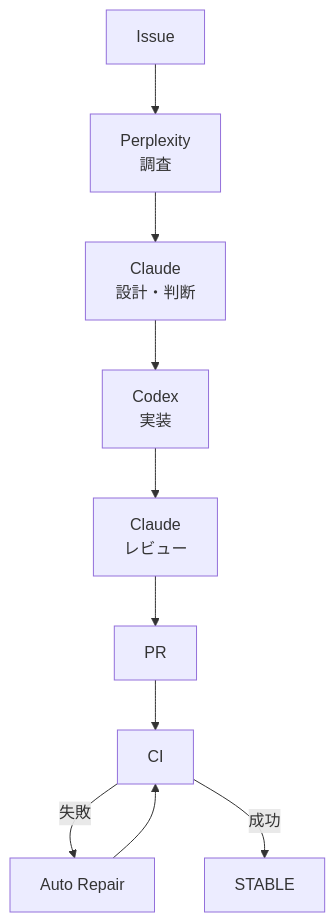
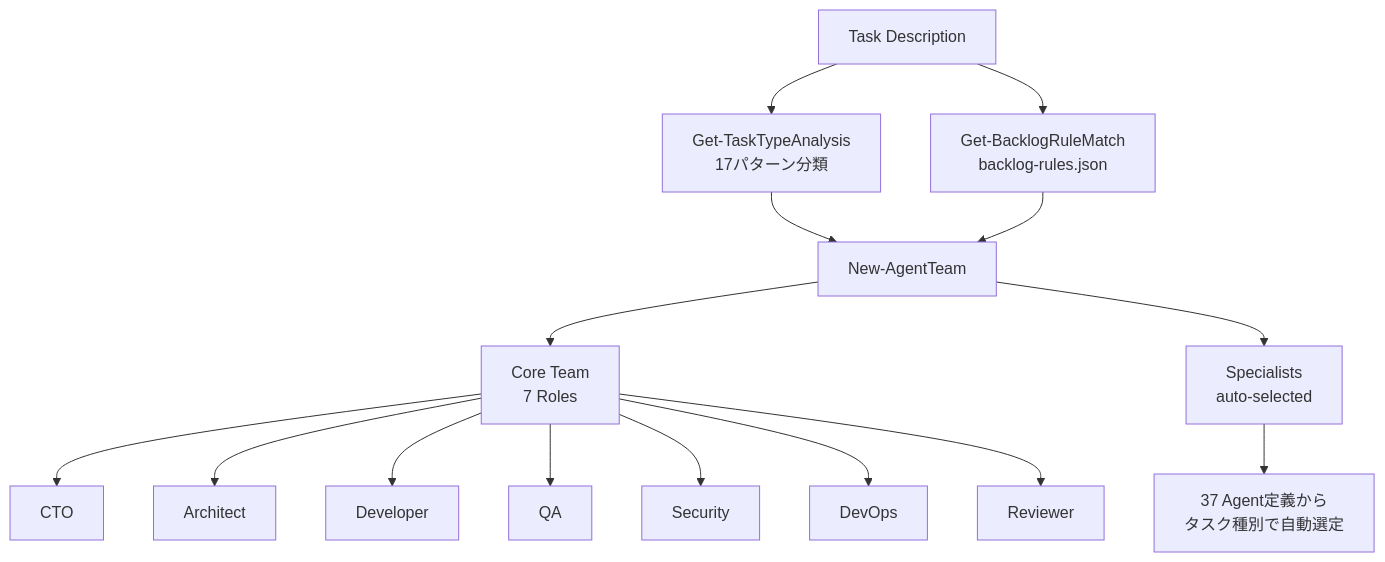
One commit to Kensan196948G/ClaudeCLI-CodexCLI-CopilotCLI-StartUpTools-New changed the fourth of 4 diagrams in README.md. Above: the diagram before and after it, drawn with Mermaid. The commit also changed other lines of this file and 2 other files, not shown here.

````diff
--- a/README.md
+++ b/README.md
@@ -64,12 +110,20 @@
 ```mermaid
 flowchart TD
-    Issue --> Perplexity["Perplexity<br/>調査"]
-    Perplexity --> Claude["Claude<br/>設計・判断"]
-    Claude --> Codex["Codex<br/>実装"]
-    Codex --> Claude2["Claude<br/>レビュー"]
-    Claude2 --> PR["PR"]
-    PR --> CI["CI"]
-    CI -->|失敗| AutoRepair["Auto Repair"]
-    AutoRepair --> CI
-    CI -->|成功| STABLE["STABLE"]
+    Task["Task Description"] --> Analyze["Get-TaskTypeAnalysis<br/>17パターン分類"]
+    Task --> Rules["Get-BacklogRuleMatch<br/>backlog-rules.json"]
+    Analyze --> Team["New-AgentTeam"]
+    Rules --> Team
+
+    Team --> Core["Core Team<br/>7 Roles"]
+    Team --> Spec["Specialists<br/>auto-selected"]
+
+    Core --> CTO["CTO"]
+    Core --> Arch["Architect"]
+    Core --> Dev["Developer"]
+    Core --> QA["QA"]
+    Core --> Sec["Security"]
+    Core --> Ops["DevOps"]
+    Core --> Rev["Reviewer"]
+
+    Spec --> S1["37 Agent定義から<br/>タスク種別で自動選定"]
 ```
````
